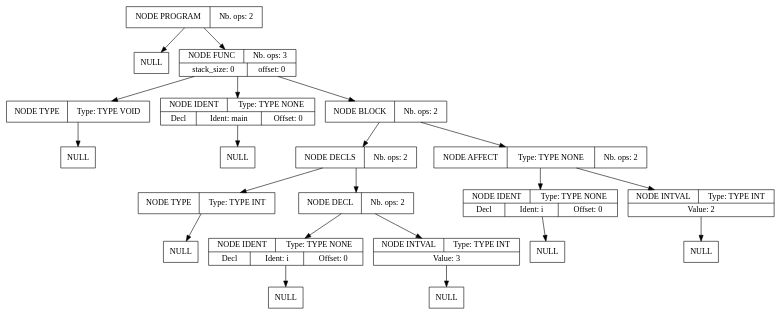
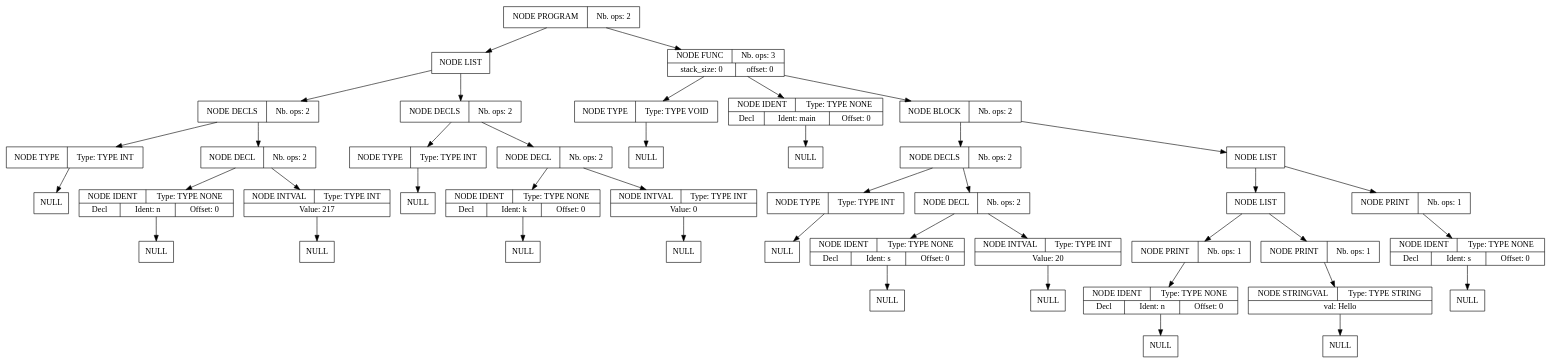
Before and after one commit to Serial-DeV/Compilation: the diagram in projet_compilation_src/src/fichier_dump.dot, drawn with Graphviz. The commit also changed 17 other files, not shown here.

```diff
--- a/projet_compilation_src/src/fichier_dump.dot
+++ b/projet_compilation_src/src/fichier_dump.dot
@@ -1,63 +1,129 @@
 digraph global_vars {
     N1 [shape=record, label="{{NODE PROGRAM|Nb. ops: 2}}"];
-    N2 [shape=record, label="{{NULL}}"];
-    edge[tailclip=true];
-    N1 -> N2
-    N3 [shape=record, label="{{NODE FUNC|Nb. ops: 3}|{stack_size: 0|offset: 0}}"];
-    N4 [shape=record, label="{{NODE TYPE|Type: TYPE VOID}}"];
+    N2 [shape=record, label="{{NODE LIST}}"];
+    N3 [shape=record, label="{{NODE DECLS|Nb. ops: 2}}"];
+    N4 [shape=record, label="{{NODE TYPE|Type: TYPE INT}}"];
     N5 [shape=record, label="{{NULL}}"];
     edge[tailclip=true];
     N4 -> N5
     edge[tailclip=true];
     N3 -> N4
-    N6 [shape=record, label="{{NODE IDENT|Type: TYPE NONE}|{<decl>Decl      |Ident: main|Offset: 0}}"];
-    N7 [shape=record, label="{{NULL}}"];
+    N6 [shape=record, label="{{NODE DECL|Nb. ops: 2}}"];
+    N7 [shape=record, label="{{NODE IDENT|Type: TYPE NONE}|{<decl>Decl      |Ident: n|Offset: 0}}"];
+    N8 [shape=record, label="{{NULL}}"];
+    edge[tailclip=true];
+    N7 -> N8
     edge[tailclip=true];
     N6 -> N7
+    N9 [shape=record, label="{{NODE INTVAL|Type: TYPE INT}|{Value: 217}}"];
+    N10 [shape=record, label="{{NULL}}"];
+    edge[tailclip=true];
+    N9 -> N10
+    edge[tailclip=true];
+    N6 -> N9
     edge[tailclip=true];
     N3 -> N6
-    N8 [shape=record, label="{{NODE BLOCK|Nb. ops: 2}}"];
-    N9 [shape=record, label="{{NODE DECLS|Nb. ops: 2}}"];
-    N10 [shape=record, label="{{NODE TYPE|Type: TYPE INT}}"];
-    N11 [shape=record, label="{{NULL}}"];
     edge[tailclip=true];
-    N10 -> N11
-    edge[tailclip=true];
-    N9 -> N10
-    N12 [shape=record, label="{{NODE DECL|Nb. ops: 2}}"];
-    N13 [shape=record, label="{{NODE IDENT|Type: TYPE NONE}|{<decl>Decl      |Ident: i|Offset: 0}}"];
-    N14 [shape=record, label="{{NULL}}"];
-    edge[tailclip=true];
-    N13 -> N14
+    N2 -> N3
+    N11 [shape=record, label="{{NODE DECLS|Nb. ops: 2}}"];
+    N12 [shape=record, label="{{NODE TYPE|Type: TYPE INT}}"];
+    N13 [shape=record, label="{{NULL}}"];
     edge[tailclip=true];
     N12 -> N13
-    N15 [shape=record, label="{{NODE INTVAL|Type: TYPE INT}|{Value: 3}}"];
+    edge[tailclip=true];
+    N11 -> N12
+    N14 [shape=record, label="{{NODE DECL|Nb. ops: 2}}"];
+    N15 [shape=record, label="{{NODE IDENT|Type: TYPE NONE}|{<decl>Decl      |Ident: k|Offset: 0}}"];
     N16 [shape=record, label="{{NULL}}"];
     edge[tailclip=true];
     N15 -> N16
     edge[tailclip=true];
-    N12 -> N15
-    edge[tailclip=true];
-    N9 -> N12
-    edge[tailclip=true];
-    N8 -> N9
-    N17 [shape=record, label="{{NODE AFFECT|Type: TYPE NONE|Nb. ops: 2}}"];
-    N18 [shape=record, label="{{NODE IDENT|Type: TYPE NONE}|{<decl>Decl      |Ident: i|Offset: 0}}"];
-    N19 [shape=record, label="{{NULL}}"];
-    edge[tailclip=true];
-    N18 -> N19
+    N14 -> N15
+    N17 [shape=record, label="{{NODE INTVAL|Type: TYPE INT}|{Value: 0}}"];
+    N18 [shape=record, label="{{NULL}}"];
     edge[tailclip=true];
     N17 -> N18
-    N20 [shape=record, label="{{NODE INTVAL|Type: TYPE INT}|{Value: 2}}"];
+    edge[tailclip=true];
+    N14 -> N17
+    edge[tailclip=true];
+    N11 -> N14
+    edge[tailclip=true];
+    N2 -> N11
+    edge[tailclip=true];
+    N1 -> N2
+    N19 [shape=record, label="{{NODE FUNC|Nb. ops: 3}|{stack_size: 0|offset: 0}}"];
+    N20 [shape=record, label="{{NODE TYPE|Type: TYPE VOID}}"];
     N21 [shape=record, label="{{NULL}}"];
     edge[tailclip=true];
     N20 -> N21
     edge[tailclip=true];
-    N17 -> N20
+    N19 -> N20
+    N22 [shape=record, label="{{NODE IDENT|Type: TYPE NONE}|{<decl>Decl      |Ident: main|Offset: 0}}"];
+    N23 [shape=record, label="{{NULL}}"];
     edge[tailclip=true];
-    N8 -> N17
+    N22 -> N23
     edge[tailclip=true];
-    N3 -> N8
+    N19 -> N22
+    N24 [shape=record, label="{{NODE BLOCK|Nb. ops: 2}}"];
+    N25 [shape=record, label="{{NODE DECLS|Nb. ops: 2}}"];
+    N26 [shape=record, label="{{NODE TYPE|Type: TYPE INT}}"];
+    N27 [shape=record, label="{{NULL}}"];
     edge[tailclip=true];
-    N1 -> N3
+    N26 -> N27
+    edge[tailclip=true];
+    N25 -> N26
+    N28 [shape=record, label="{{NODE DECL|Nb. ops: 2}}"];
+    N29 [shape=record, label="{{NODE IDENT|Type: TYPE NONE}|{<decl>Decl      |Ident: s|Offset: 0}}"];
+    N30 [shape=record, label="{{NULL}}"];
+    edge[tailclip=true];
+    N29 -> N30
+    edge[tailclip=true];
+    N28 -> N29
+    N31 [shape=record, label="{{NODE INTVAL|Type: TYPE INT}|{Value: 20}}"];
+    N32 [shape=record, label="{{NULL}}"];
+    edge[tailclip=true];
+    N31 -> N32
+    edge[tailclip=true];
+    N28 -> N31
+    edge[tailclip=true];
+    N25 -> N28
+    edge[tailclip=true];
+    N24 -> N25
+    N33 [shape=record, label="{{NODE LIST}}"];
+    N34 [shape=record, label="{{NODE LIST}}"];
+    N35 [shape=record, label="{{NODE PRINT|Nb. ops: 1}}"];
+    N36 [shape=record, label="{{NODE IDENT|Type: TYPE NONE}|{<decl>Decl      |Ident: n|Offset: 0}}"];
+    N37 [shape=record, label="{{NULL}}"];
+    edge[tailclip=true];
+    N36 -> N37
+    edge[tailclip=true];
+    N35 -> N36
+    edge[tailclip=true];
+    N34 -> N35
+    N38 [shape=record, label="{{NODE PRINT|Nb. ops: 1}}"];
+    N39 [shape=record, label="{{NODE STRINGVAL|Type: TYPE STRING}|{val: Hello\n}}"];
+    N40 [shape=record, label="{{NULL}}"];
+    edge[tailclip=true];
+    N39 -> N40
+    edge[tailclip=true];
+    N38 -> N39
+    edge[tailclip=true];
+    N34 -> N38
+    edge[tailclip=true];
+    N33 -> N34
+    N41 [shape=record, label="{{NODE PRINT|Nb. ops: 1}}"];
+    N42 [shape=record, label="{{NODE IDENT|Type: TYPE NONE}|{<decl>Decl      |Ident: s|Offset: 0}}"];
+    N43 [shape=record, label="{{NULL}}"];
+    edge[tailclip=true];
+    N42 -> N43
+    edge[tailclip=true];
+    N41 -> N42
+    edge[tailclip=true];
+    N33 -> N41
+    edge[tailclip=true];
+    N24 -> N33
+    edge[tailclip=true];
+    N19 -> N24
+    edge[tailclip=true];
+    N1 -> N19
 }
```
